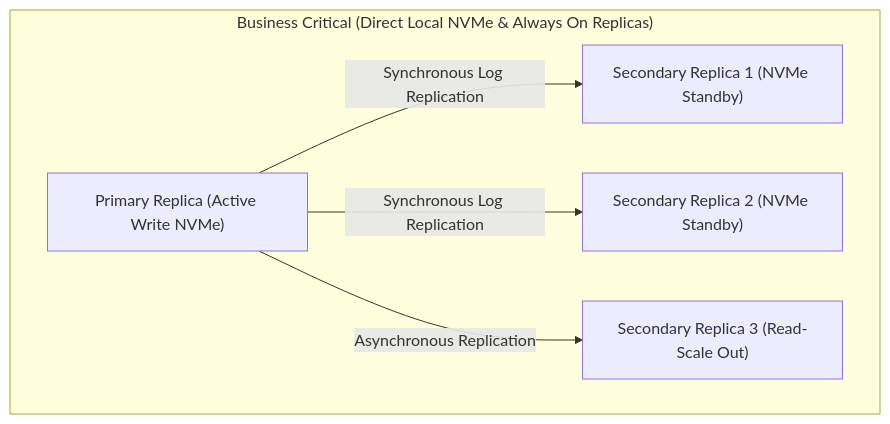
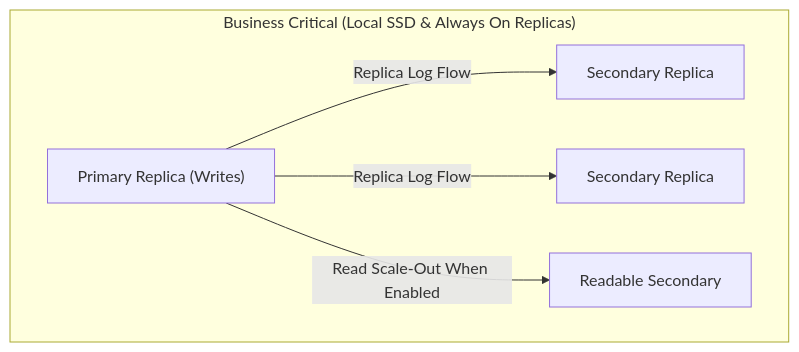
The second of 3 diagrams in cloud-providers/azure/storage-databases/azure-sql-database.md (senlinyy/dev-roadmaps), drawn with Mermaid before and after one commit. The commit also changed other lines of this file and 530 other files, not shown here.

````diff
--- a/cloud-providers/azure/storage-databases/azure-sql-database.md
+++ b/cloud-providers/azure/storage-databases/azure-sql-database.md
@@ -42,8 +42,8 @@
 ```mermaid
 flowchart TD
-    subgraph BC["Business Critical (Direct Local NVMe & Always On Replicas)"]
-        Primary["Primary Replica (Active Write NVMe)"] -- "Synchronous Log Replication" --> Sec1["Secondary Replica 1 (NVMe Standby)"]
-        Primary -- "Synchronous Log Replication" --> Sec2["Secondary Replica 2 (NVMe Standby)"]
-        Primary -- "Asynchronous Replication" --> Sec3["Secondary Replica 3 (Read-Scale Out)"]
+    subgraph BC["Business Critical (Local SSD & Always On Replicas)"]
+        Primary["Primary Replica (Writes)"] -- "Replica Log Flow" --> Sec1["Secondary Replica"]
+        Primary -- "Replica Log Flow" --> Sec2["Secondary Replica"]
+        Primary -- "Read Scale-Out When Enabled" --> Sec3["Readable Secondary"]
     end
 ```
````
